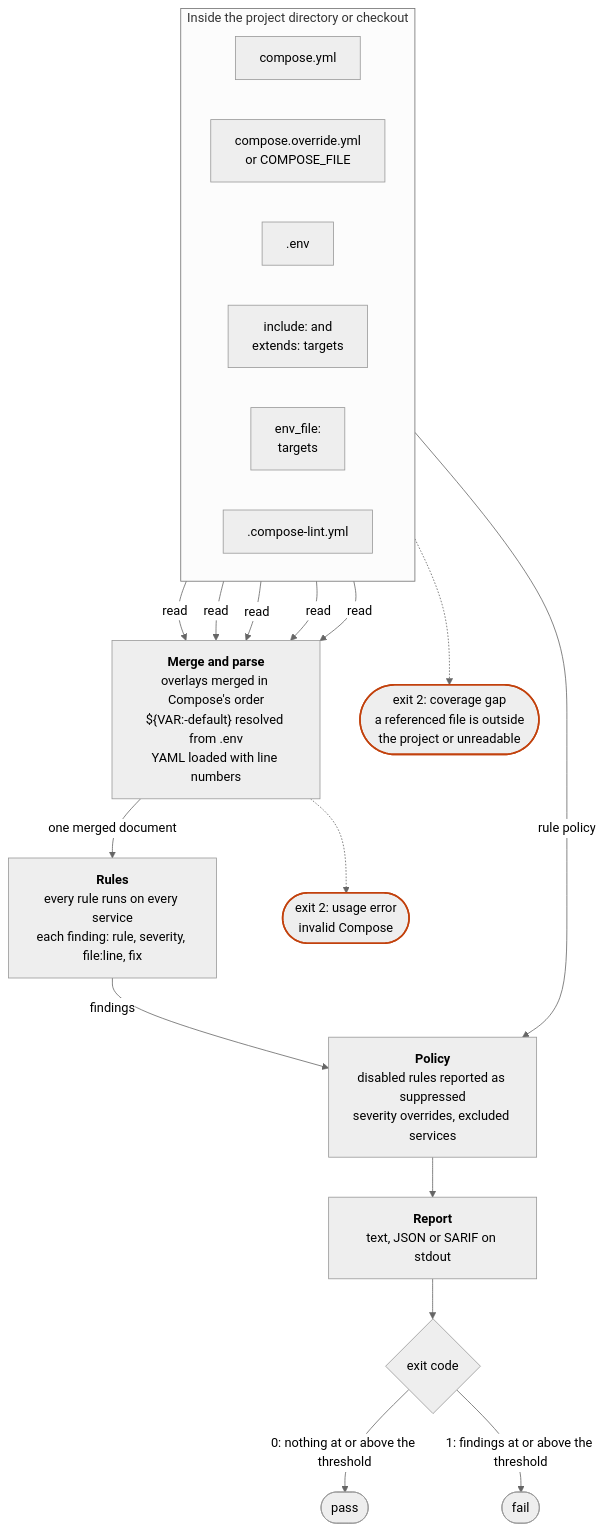
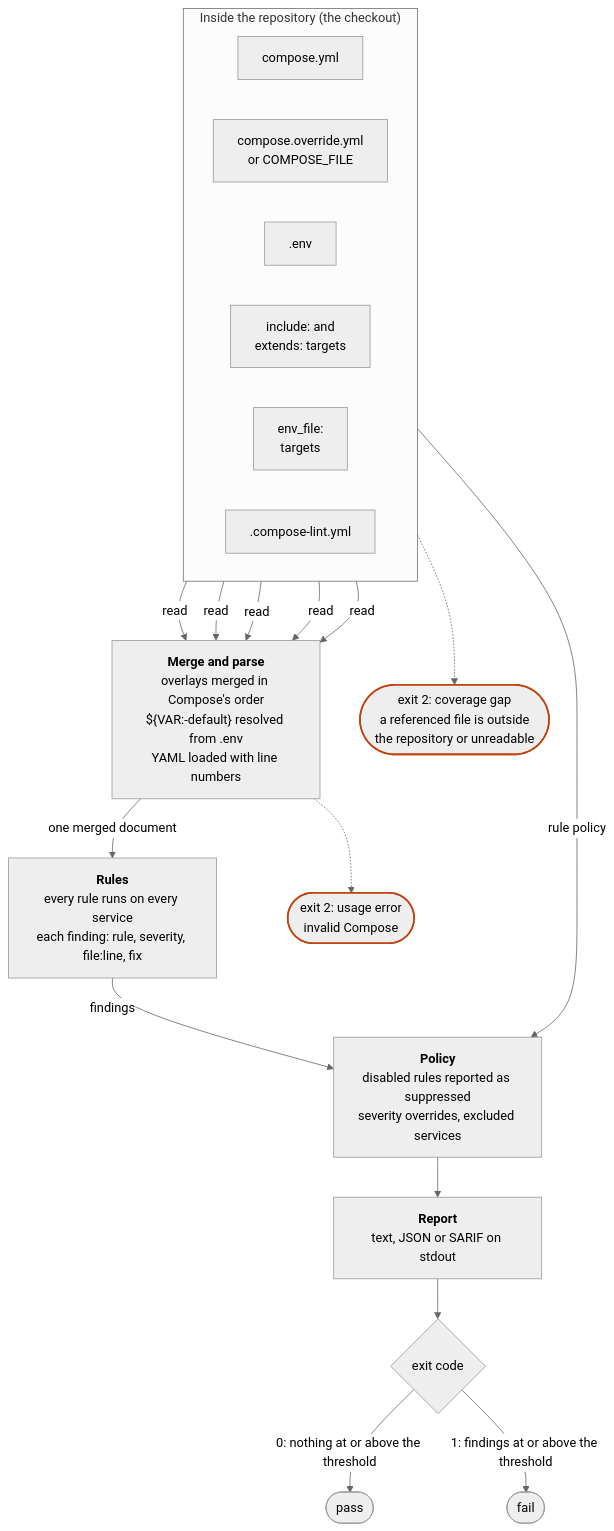
Before and after one commit to tmatens/compose-lint: the first of 2 diagrams in docs/how-it-works.md, drawn with Mermaid (neutral theme). The commit also changed 21 other files, not shown here.

````diff
--- a/docs/how-it-works.md
+++ b/docs/how-it-works.md
@@ -9,30 +9,30 @@
 ```mermaid
 flowchart TB
-  subgraph project["Inside the project directory or checkout"]
+  subgraph project["Inside the repository (the checkout)"]
     direction LR
     compose["compose.yml"]
     overlay["compose.override.yml<br/>or COMPOSE_FILE"]
     env[".env"]
     refs["include: and<br/>extends: targets"]
     envfile["env_file:<br/>targets"]
     policyfile[".compose-lint.yml"]
   end
   parse["<b>Merge and parse</b><br/>overlays merged in Compose's order<br/>${VAR:-default} resolved from .env<br/>YAML loaded with line numbers"]
   rules["<b>Rules</b><br/>every rule runs on every service<br/>each finding: rule, severity, file:line, fix"]
   policy["<b>Policy</b><br/>disabled rules reported as suppressed<br/>severity overrides, excluded services"]
   report["<b>Report</b><br/>text, JSON or SARIF on stdout"]
   code{"exit code"}
-  gap(["exit 2: coverage gap<br/>a referenced file is outside<br/>the project or unreadable"])
+  gap(["exit 2: coverage gap<br/>a referenced file is outside<br/>the repository or unreadable"])
   usage(["exit 2: usage error<br/>invalid Compose"])
   compose & overlay & env & refs & envfile -->|read| parse
   project -.-> gap
   parse -.-> usage
   parse -->|one merged document| rules
   rules -->|findings| policy
   policyfile -->|rule policy| policy
   policy --> report --> code
   code -->|"0: nothing at or above the threshold"| pass(["pass"])
   code -->|"1: findings at or above the threshold"| fail(["fail"])
   classDef stop stroke:#c2410c,stroke-width:2px
   class gap,usage stop
 ```
````
